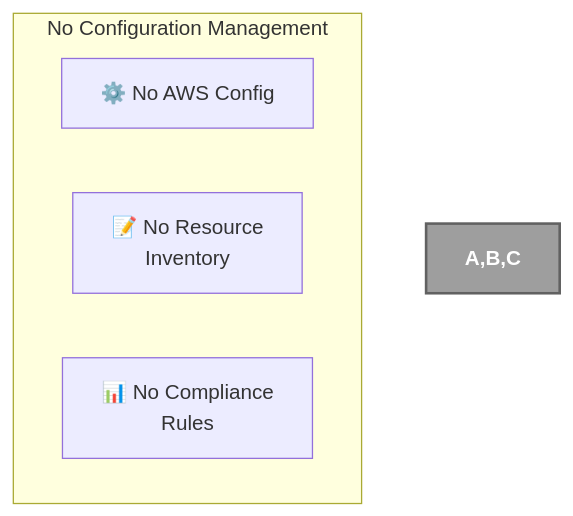
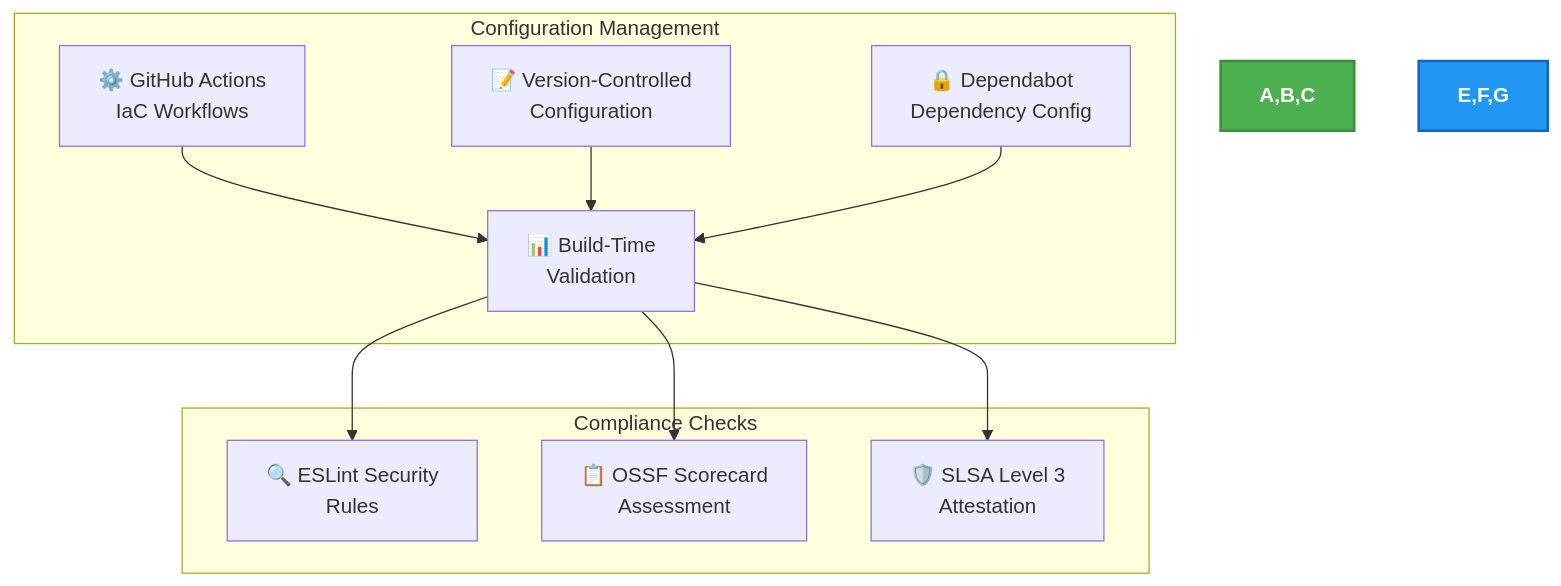
Diagram 14 of 32 in docs/architecture/SECURITY_ARCHITECTURE.md (Hack23/cia-compliance-manager), drawn with Mermaid before and after one commit. The commit also changed other lines of this file, not shown here.

First line of the commit message:
docs: update SECURITY_ARCHITECTURE.md with ISMS mandatory sections and policy references

````diff
--- a/docs/architecture/SECURITY_ARCHITECTURE.md
+++ b/docs/architecture/SECURITY_ARCHITECTURE.md
@@ -1102,10 +1128,17 @@
 ```mermaid
 flowchart TD
-    subgraph "No Configuration Management"
-        A[⚙️ No AWS Config]
-        B[📝 No Resource<br>Inventory]
-        C[📊 No Compliance<br>Rules]
+    subgraph "Configuration Management"
+        A[⚙️ GitHub Actions<br>IaC Workflows] --> D[📊 Build-Time<br>Validation]
+        B[📝 Version-Controlled<br>Configuration] --> D
+        C[🔒 Dependabot<br>Dependency Config] --> D
     end
 
-    style A,B,C fill:#9E9E9E,stroke:#616161,stroke-width:2px,color:white,font-weight:bold
+    subgraph "Compliance Checks"
+        D --> E[🔍 ESLint Security<br>Rules]
+        D --> F[📋 OSSF Scorecard<br>Assessment]
+        D --> G[🛡️ SLSA Level 3<br>Attestation]
+    end
+
+    style A,B,C fill:#4CAF50,stroke:#388E3C,stroke-width:2px,color:white,font-weight:bold
+    style E,F,G fill:#2196F3,stroke:#1565C0,stroke-width:2px,color:white,font-weight:bold
 ```
````
